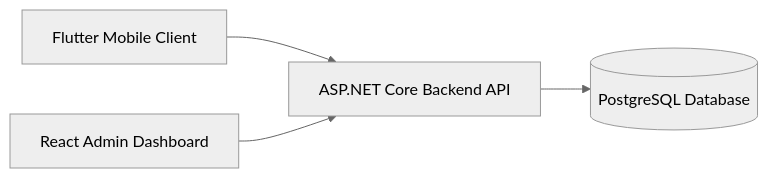
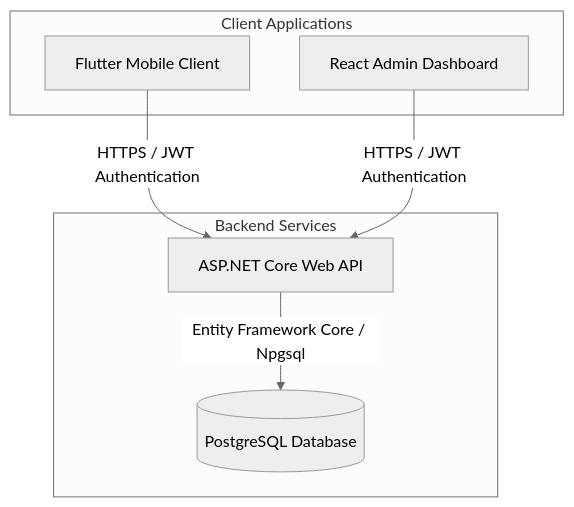
The diagram in README.md (ecemoz/learningapp_comnet), drawn with Mermaid (neutral theme) before and after one commit. The commit also changed other lines of this file, not shown here.

````diff
--- a/README.md
+++ b/README.md
@@ -28,11 +29,16 @@
 ```mermaid
-flowchart LR
-    Mobile[Flutter Mobile Client]
-    Admin[React Admin Dashboard]
-    API[ASP.NET Core Backend API]
-    DB[(PostgreSQL Database)]
+flowchart TD
+    subgraph Client Applications
+        Mobile[Flutter Mobile Client]
+        Admin[React Admin Dashboard]
+    end
 
-    Mobile --> API
-    Admin --> API
-    API --> DB
+    subgraph Backend Services
+        API[ASP.NET Core Web API]
+        DB[(PostgreSQL Database)]
+    end
+
+    Mobile -->|HTTPS / JWT Authentication| API
+    Admin -->|HTTPS / JWT Authentication| API
+    API -->|Entity Framework Core / Npgsql| DB
 ```
````
